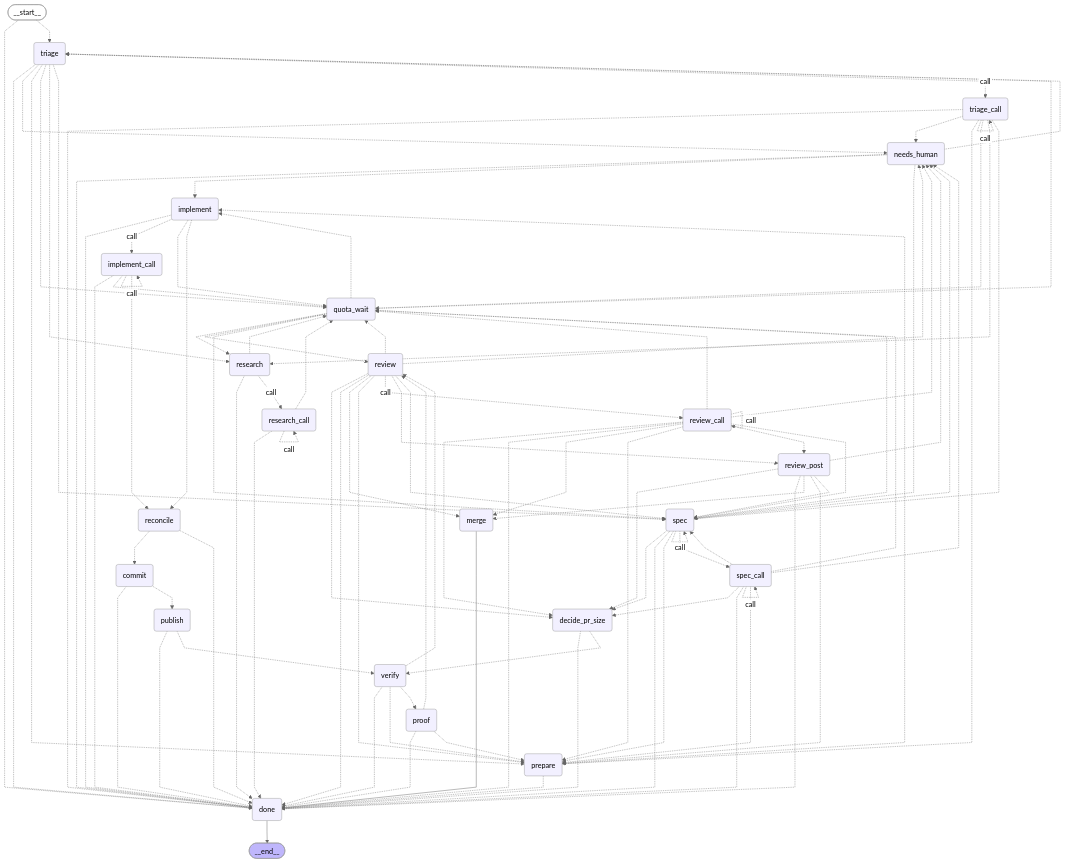
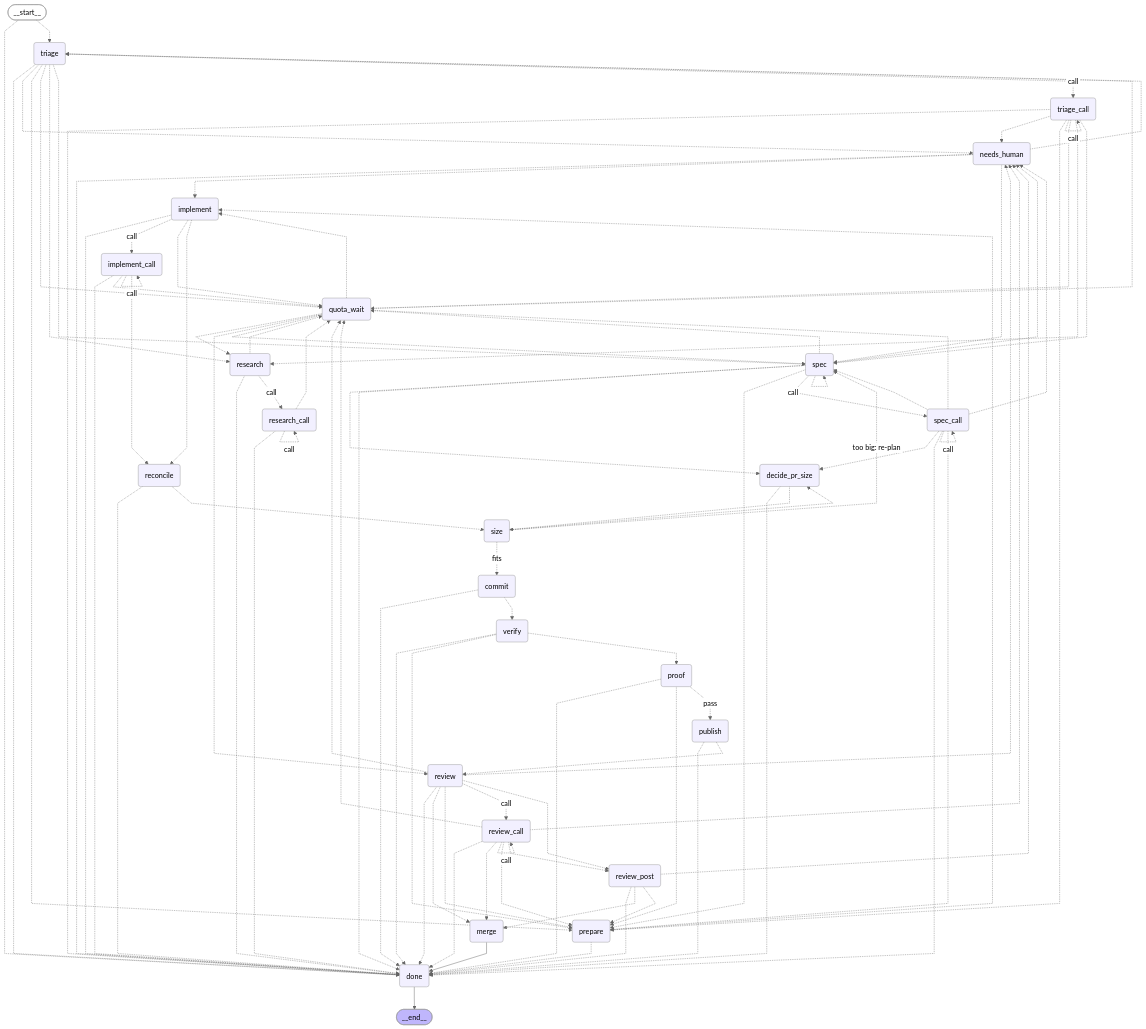
Before and after one commit to bookout-labs/tools: the diagram in docs/graph/delivery.mmd, drawn with Mermaid (neutral theme). The commit also changed 9 other files, not shown here.

Commit message:
Pre-commit size step and checked publication (#120 slice 9f)

```diff
--- a/docs/graph/delivery.mmd
+++ b/docs/graph/delivery.mmd
@@ -1,129 +1,126 @@
 ---
 config:
   flowchart:
     curve: linear
 ---
 graph TD;
 	__start__([<p>__start__</p>]):::first
 	triage(triage)
 	triage_call(triage_call)
 	research(research)
 	research_call(research_call)
 	spec(spec)
 	spec_call(spec_call)
 	implement(implement)
 	implement_call(implement_call)
 	review(review)
 	review_call(review_call)
 	verify(verify)
 	prepare(prepare)
 	reconcile(reconcile)
+	size(size)
 	commit(commit)
 	publish(publish)
 	proof(proof)
 	review_post(review_post)
 	needs_human(needs_human)
 	quota_wait(quota_wait)
 	decide_pr_size(decide_pr_size)
 	merge(merge)
 	done(done)
 	__end__([<p>__end__</p>]):::last
 	__start__ -.-> done;
 	__start__ -.-> triage;
 	commit -.-> done;
-	commit -.-> publish;
+	commit -.-> verify;
 	decide_pr_size -.-> done;
-	decide_pr_size -.-> verify;
+	decide_pr_size -.-> size;
 	implement -.-> done;
 	implement -. &nbsp;call&nbsp; .-> implement_call;
 	implement -.-> quota_wait;
 	implement -.-> reconcile;
 	implement_call -.-> done;
 	implement_call -.-> quota_wait;
 	implement_call -.-> reconcile;
 	merge --> done;
 	needs_human -.-> done;
 	needs_human -.-> implement;
 	needs_human -.-> spec;
 	needs_human -.-> triage;
 	prepare -.-> done;
 	prepare -.-> implement;
 	proof -.-> done;
 	proof -.-> prepare;
-	proof -.-> review;
+	proof -. &nbsp;pass&nbsp; .-> publish;
 	publish -.-> done;
-	publish -.-> verify;
+	publish -.-> review;
 	quota_wait -.-> implement;
 	quota_wait -.-> research;
 	quota_wait -.-> review;
 	quota_wait -.-> spec;
 	quota_wait -.-> triage;
-	reconcile -.-> commit;
 	reconcile -.-> done;
+	reconcile -.-> size;
 	research -.-> done;
 	research -.-> quota_wait;
 	research -. &nbsp;call&nbsp; .-> research_call;
 	research_call -.-> done;
 	research_call -.-> quota_wait;
-	review -.-> decide_pr_size;
 	review -.-> done;
 	review -.-> merge;
 	review -.-> needs_human;
 	review -.-> prepare;
 	review -.-> quota_wait;
 	review -. &nbsp;call&nbsp; .-> review_call;
 	review -.-> review_post;
-	review -.-> spec;
-	review_call -.-> decide_pr_size;
 	review_call -.-> done;
 	review_call -.-> merge;
 	review_call -.-> needs_human;
 	review_call -.-> prepare;
 	review_call -.-> quota_wait;
 	review_call -.-> review_post;
-	review_call -.-> spec;
-	review_post -.-> decide_pr_size;
 	review_post -.-> done;
 	review_post -.-> merge;
 	review_post -.-> needs_human;
 	review_post -.-> prepare;
-	review_post -.-> spec;
+	size -. &nbsp;fits&nbsp; .-> commit;
+	size -.-> decide_pr_size;
+	size -. &nbsp;too big: re-plan&nbsp; .-> spec;
 	spec -.-> decide_pr_size;
 	spec -.-> done;
 	spec -.-> needs_human;
 	spec -.-> prepare;
 	spec -.-> quota_wait;
 	spec -. &nbsp;call&nbsp; .-> spec_call;
 	spec_call -.-> decide_pr_size;
 	spec_call -.-> done;
 	spec_call -.-> needs_human;
 	spec_call -.-> prepare;
 	spec_call -.-> quota_wait;
 	spec_call -.-> spec;
 	triage -.-> done;
 	triage -.-> needs_human;
 	triage -.-> prepare;
 	triage -.-> quota_wait;
 	triage -.-> research;
 	triage -.-> spec;
 	triage -. &nbsp;call&nbsp; .-> triage_call;
 	triage_call -.-> done;
 	triage_call -.-> needs_human;
 	triage_call -.-> prepare;
 	triage_call -.-> quota_wait;
 	triage_call -.-> research;
 	triage_call -.-> spec;
 	verify -.-> done;
 	verify -.-> prepare;
 	verify -.-> proof;
-	verify -.-> review;
 	done --> __end__;
 	implement_call -. &nbsp;call&nbsp; .-> implement_call;
 	research_call -. &nbsp;call&nbsp; .-> research_call;
 	review_call -. &nbsp;call&nbsp; .-> review_call;
 	spec -.-> spec;
 	spec_call -. &nbsp;call&nbsp; .-> spec_call;
 	triage_call -. &nbsp;call&nbsp; .-> triage_call;
 	classDef default fill:#f2f0ff,line-height:1.2
 	classDef first fill-opacity:0
 	classDef last fill:#bfb6fc
```
